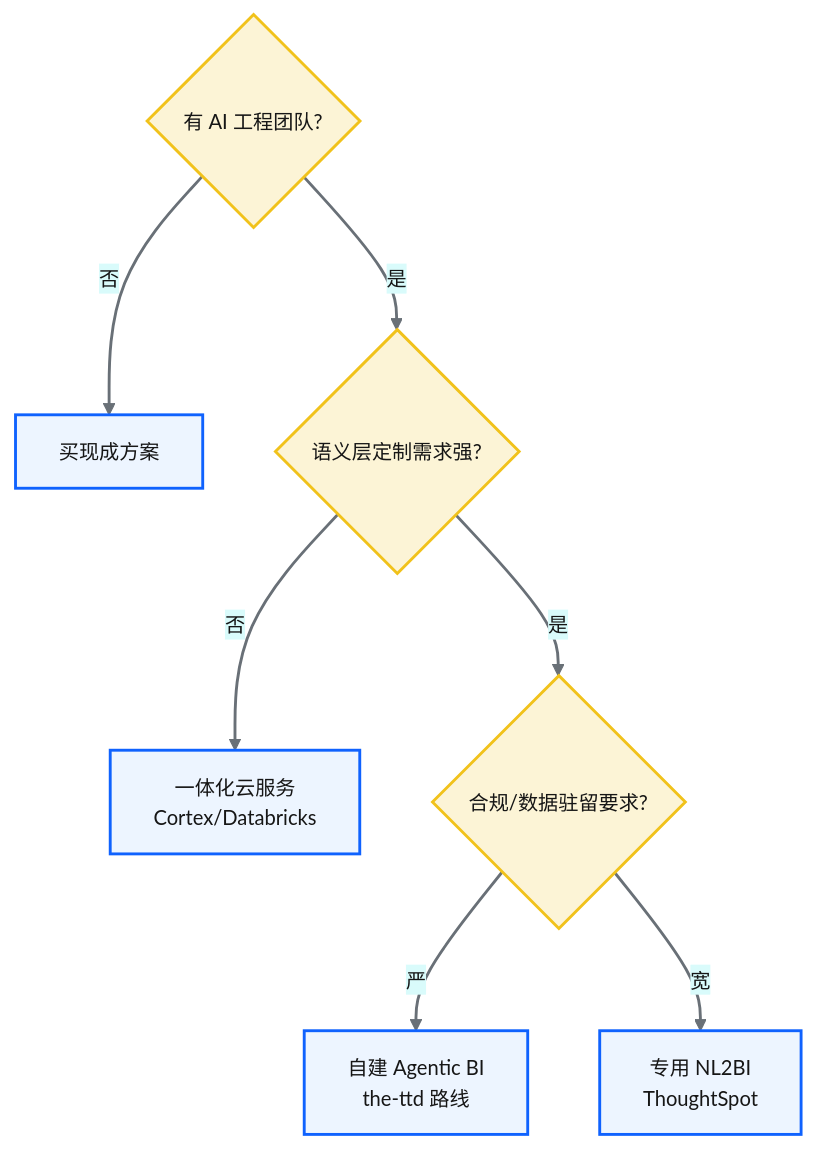
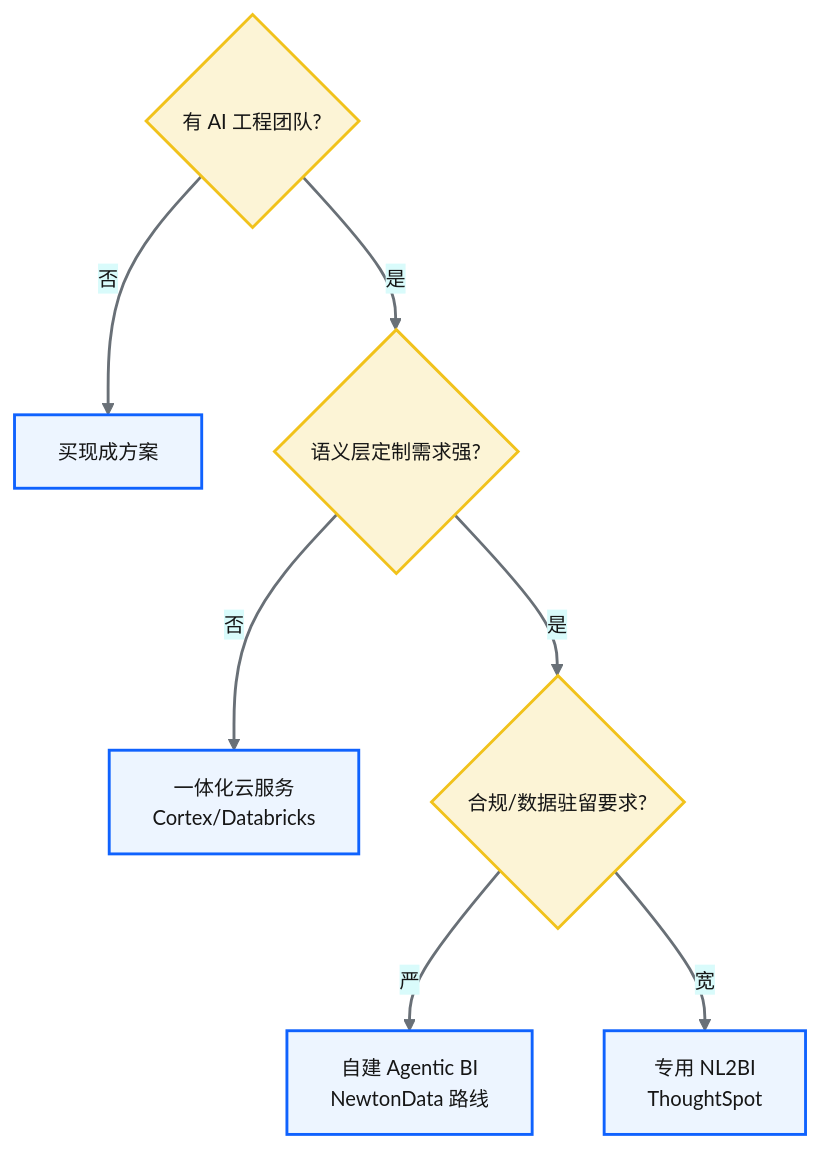
One commit to zhiweio/from-data-to-intelligence changed the seventh of 7 diagrams in docs/38-时代命题-AI-Ready数据供应.md. Above: the diagram before and after it, drawn with Mermaid. The commit also changed other lines of this file and 13 other files, not shown here.

````diff
--- a/docs/38-时代命题-AI-Ready数据供应.md
+++ b/docs/38-时代命题-AI-Ready数据供应.md
@@ -288,26 +294,26 @@
 ```mermaid
 %%{init: {'theme':'base','themeVariables':{'primaryColor':'#edf5ff','primaryTextColor':'#161616','primaryBorderColor':'#0f62fe','lineColor':'#697077','secondaryColor':'#d9fbfb','tertiaryColor':'#f2f4f8','fontSize':'14px'}}}%%
 flowchart TD
  Q{有 AI 工程团队?} -->|否|BUY[买现成方案]
  Q -->|是|Q2{语义层定制需求强?}
  Q2 -->|否|CLOUD[一体化云服务<br/>Cortex/Databricks]
  Q2 -->|是|Q3{合规/数据驻留要求?}
- Q3 -->|严|BUILD[自建 Agentic BI<br/>the-ttd 路线]
+ Q3 -->|严|BUILD[自建 Agentic BI<br/>NewtonData 路线]
  Q3 -->|宽|SPECIALIZED[专用 NL2BI<br/>ThoughtSpot]
 classDef bpProcess fill:#edf5ff,stroke:#0f62fe,stroke-width:2px,color:#161616
 classDef bpData fill:#d9fbfb,stroke:#007d79,stroke-width:2px,color:#161616
 classDef bpDecision fill:#fcf4d6,stroke:#f1c21b,stroke-width:2px,color:#161616
 classDef bpSuccess fill:#defbe6,stroke:#198038,stroke-width:2px,color:#161616
 classDef bpError fill:#fff1f1,stroke:#da1e28,stroke-width:2px,color:#161616
 classDef bpExternal fill:#f2f4f8,stroke:#697077,stroke-width:2px,color:#161616
 classDef bpInfo fill:#f6f2ff,stroke:#8a3ffc,stroke-width:2px,color:#161616
 classDef bpGroup fill:#ffffff,stroke:#0f62fe,stroke-width:2px,color:#161616
 class BUILD bpProcess
 class BUY bpProcess
 class CLOUD bpProcess
 class Q bpDecision
 class Q2 bpDecision
 class Q3 bpDecision
 class SPECIALIZED bpProcess
 linkStyle default stroke:#697077,stroke-width:2px
 ```
````
